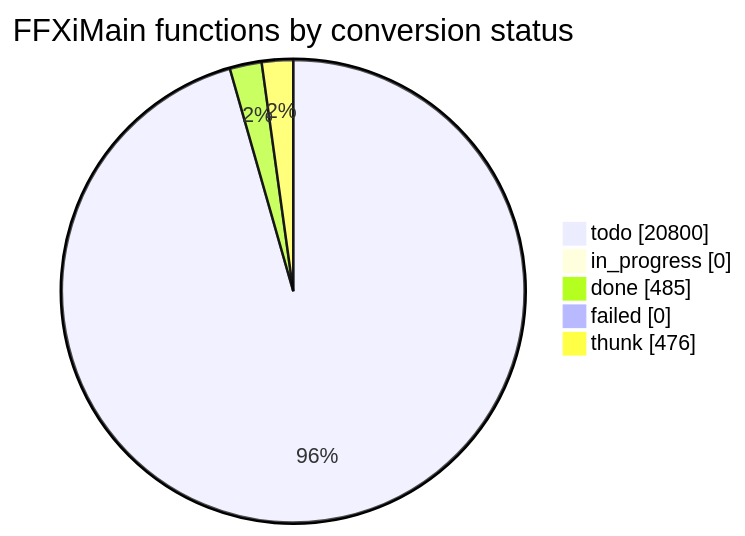
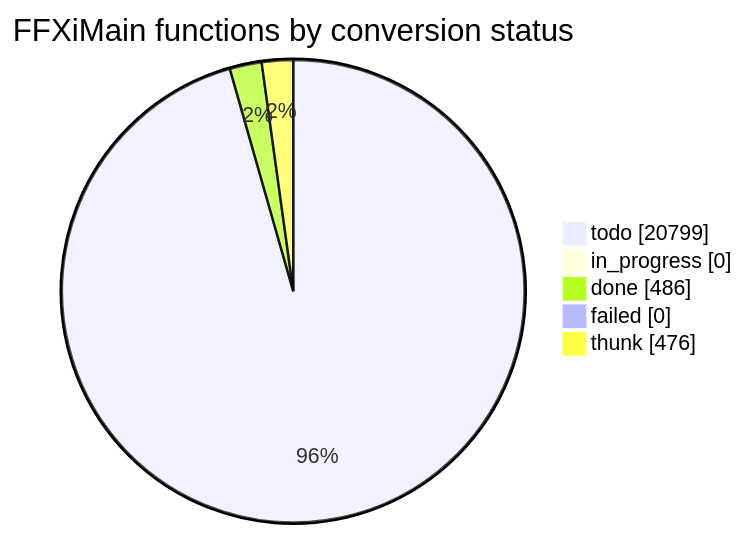
Before and after one commit to cowrevenge/cow_kuluu_xi_anything: the diagram in docs/cow/STATUS.md, drawn with Mermaid. The commit also changed other lines of this file and 9 other files, not shown here.

````diff
--- a/docs/cow/STATUS.md
+++ b/docs/cow/STATUS.md
@@ -18,9 +18,9 @@
 ```mermaid
 pie showData
     title FFXiMain functions by conversion status
-    "todo" : 20800
+    "todo" : 20799
     "in_progress" : 0
-    "done" : 485
+    "done" : 486
     "failed" : 0
     "thunk" : 476
 ```
````
